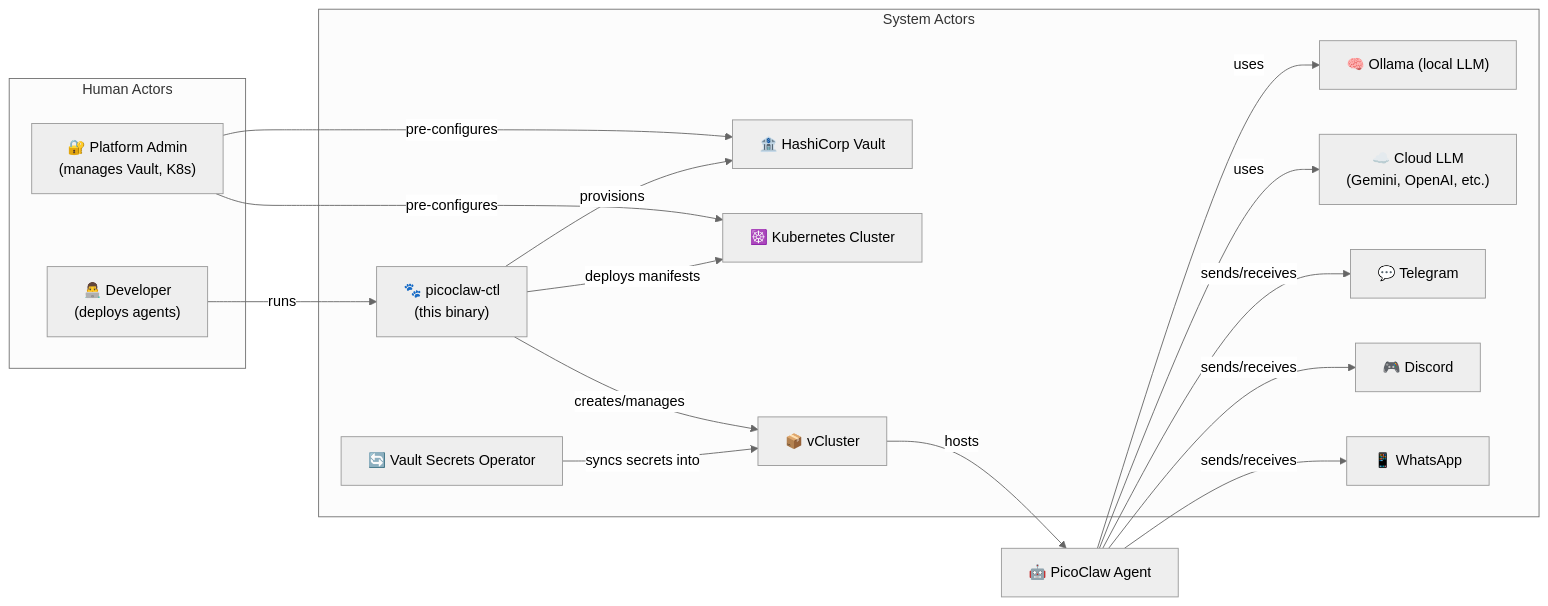
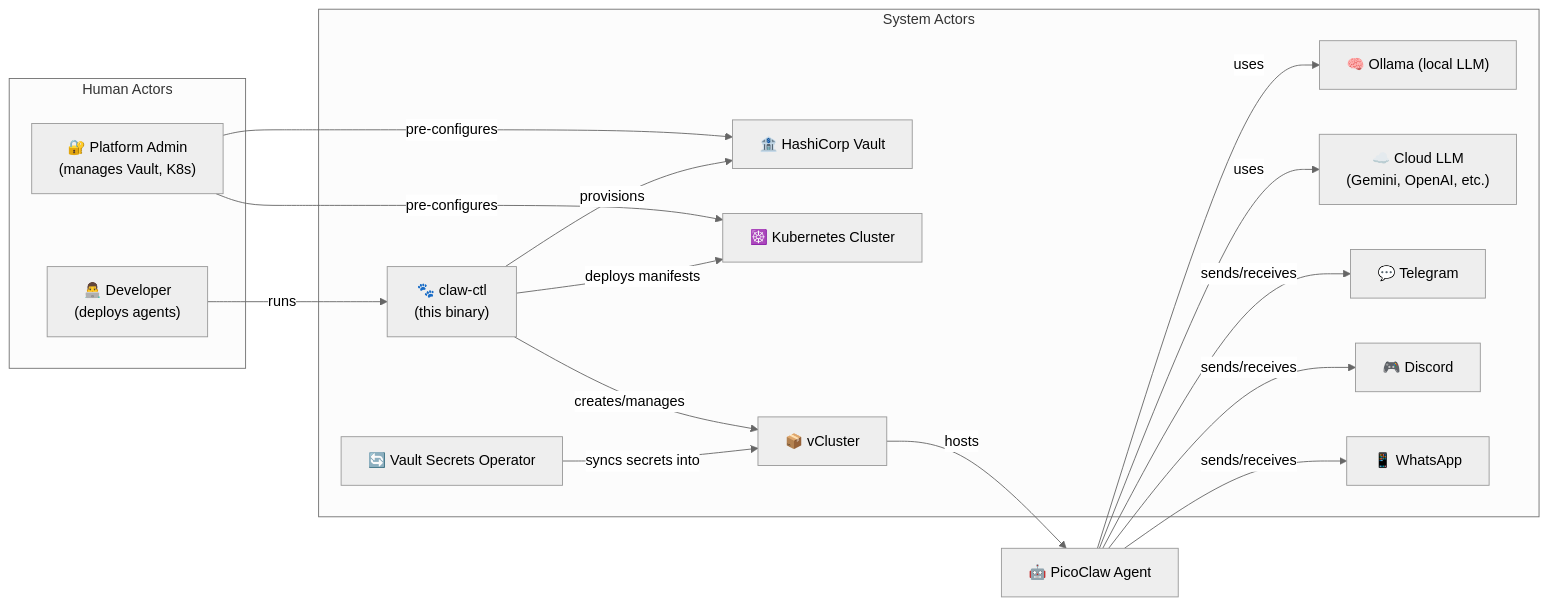
Before and after one commit to ai-agent-ship-it/claw-ctl: the first of 5 diagrams in docs/DESIGN.md, drawn with Mermaid (neutral theme). The commit also changed other lines of this file and 7 other files, not shown here.

Commit message:
refactor: rename picoclaw-ctl → claw-ctl across all files

````diff
--- a/docs/DESIGN.md
+++ b/docs/DESIGN.md
@@ -21,34 +21,34 @@
 ```mermaid
 graph LR
   subgraph "Human Actors"
     DEV["👨‍💻 Developer<br/>(deploys agents)"]
     ADMIN["🔐 Platform Admin<br/>(manages Vault, K8s)"]
   end
 
   subgraph "System Actors"
-    CLI["🐾 picoclaw-ctl<br/>(this binary)"]
+    CLI["🐾 claw-ctl<br/>(this binary)"]
     VAULT["🏦 HashiCorp Vault"]
     K8S["☸️ Kubernetes Cluster"]
     VCLUSTER["📦 vCluster"]
     VSO["🔄 Vault Secrets Operator"]
     OLLAMA["🧠 Ollama (local LLM)"]
     CLOUD_LLM["☁️ Cloud LLM<br/>(Gemini, OpenAI, etc.)"]
     TELEGRAM["💬 Telegram"]
     DISCORD["🎮 Discord"]
     WHATSAPP["📱 WhatsApp"]
   end
 
   DEV -->|"runs"| CLI
   ADMIN -->|"pre-configures"| VAULT
   ADMIN -->|"pre-configures"| K8S
   CLI -->|"creates/manages"| VCLUSTER
   CLI -->|"provisions"| VAULT
   CLI -->|"deploys manifests"| K8S
   VCLUSTER -->|"hosts"| PICOCLAW["🤖 PicoClaw Agent"]
   PICOCLAW -->|"uses"| OLLAMA
   PICOCLAW -->|"uses"| CLOUD_LLM
   PICOCLAW -->|"sends/receives"| TELEGRAM
   PICOCLAW -->|"sends/receives"| DISCORD
   PICOCLAW -->|"sends/receives"| WHATSAPP
   VSO -->|"syncs secrets into"| VCLUSTER
 ```
````
